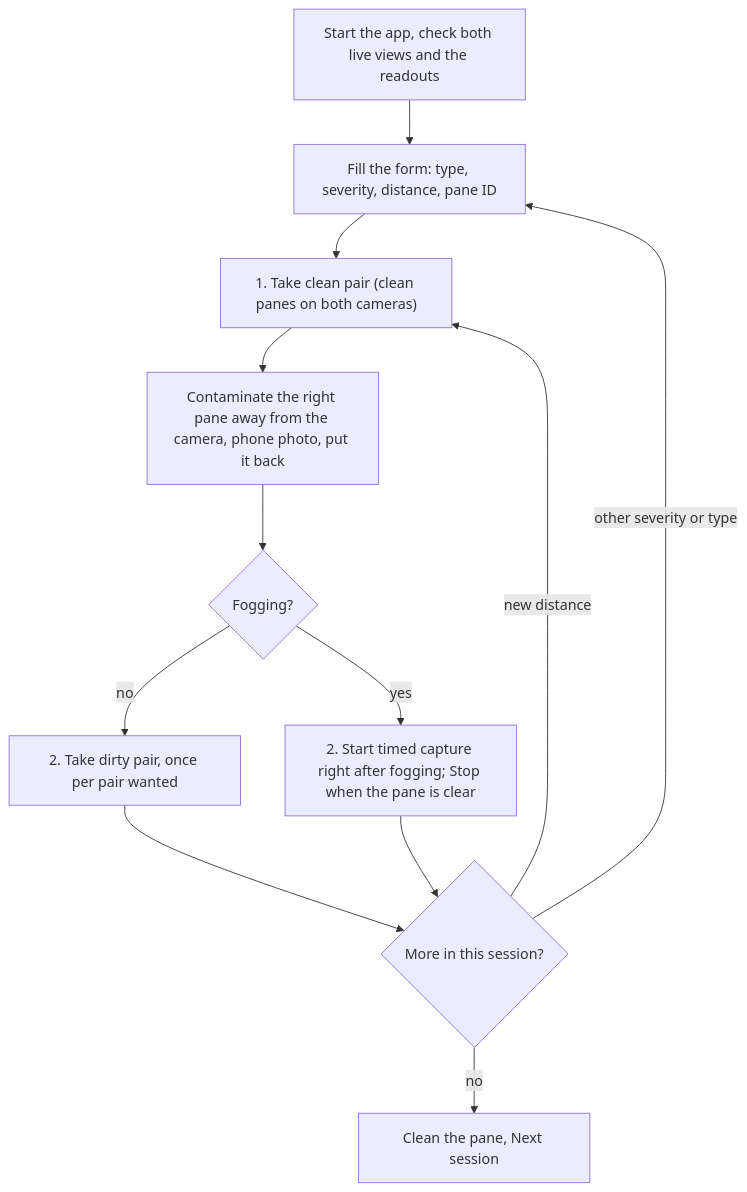
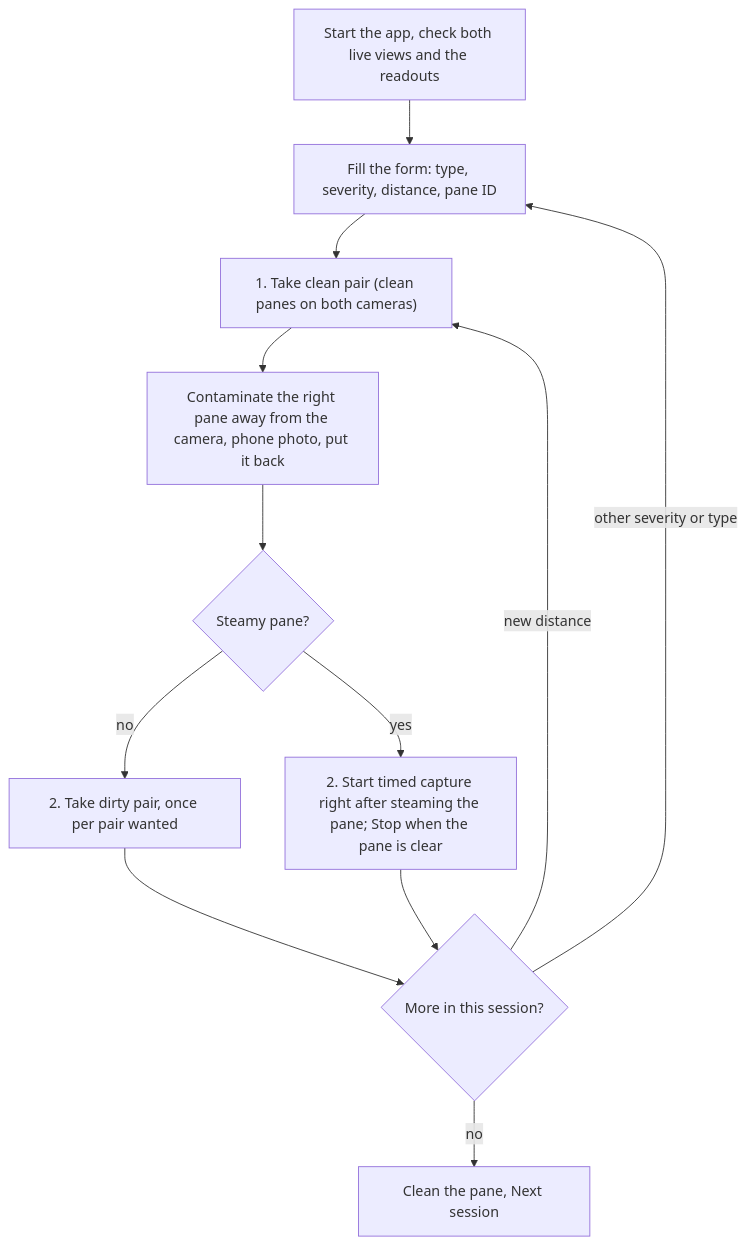
Before and after one commit to pelemele1/Farhad_Vaseghi_MA: the diagram in docs/capture_app.md, drawn with Mermaid. The commit also changed other lines of this file and 17 other files, not shown here.

First line of the commit message:
Rename the contamination type "fogging" to "steamy" and add "foggy" to Day / Night

````diff
--- a/docs/capture_app.md
+++ b/docs/capture_app.md
@@ -89,14 +90,14 @@
 ```mermaid
 flowchart TD
     S[Start the app, check both live views and the readouts] --> F[Fill the form: type, severity, distance, pane ID]
     F --> C["1. Take clean pair (clean panes on both cameras)"]
     C --> D[Contaminate the right pane away from the camera, phone photo, put it back]
-    D --> T{Fogging?}
+    D --> T{Steamy pane?}
     T -- no --> P["2. Take dirty pair, once per pair wanted"]
-    T -- yes --> Q["2. Start timed capture right after fogging; Stop when the pane is clear"]
+    T -- yes --> Q["2. Start timed capture right after steaming the pane; Stop when the pane is clear"]
     P --> M{More in this session?}
     Q --> M
     M -- "other severity or type" --> F
     M -- "new distance" --> C
     M -- no --> N[Clean the pane, Next session]
 ```
````
